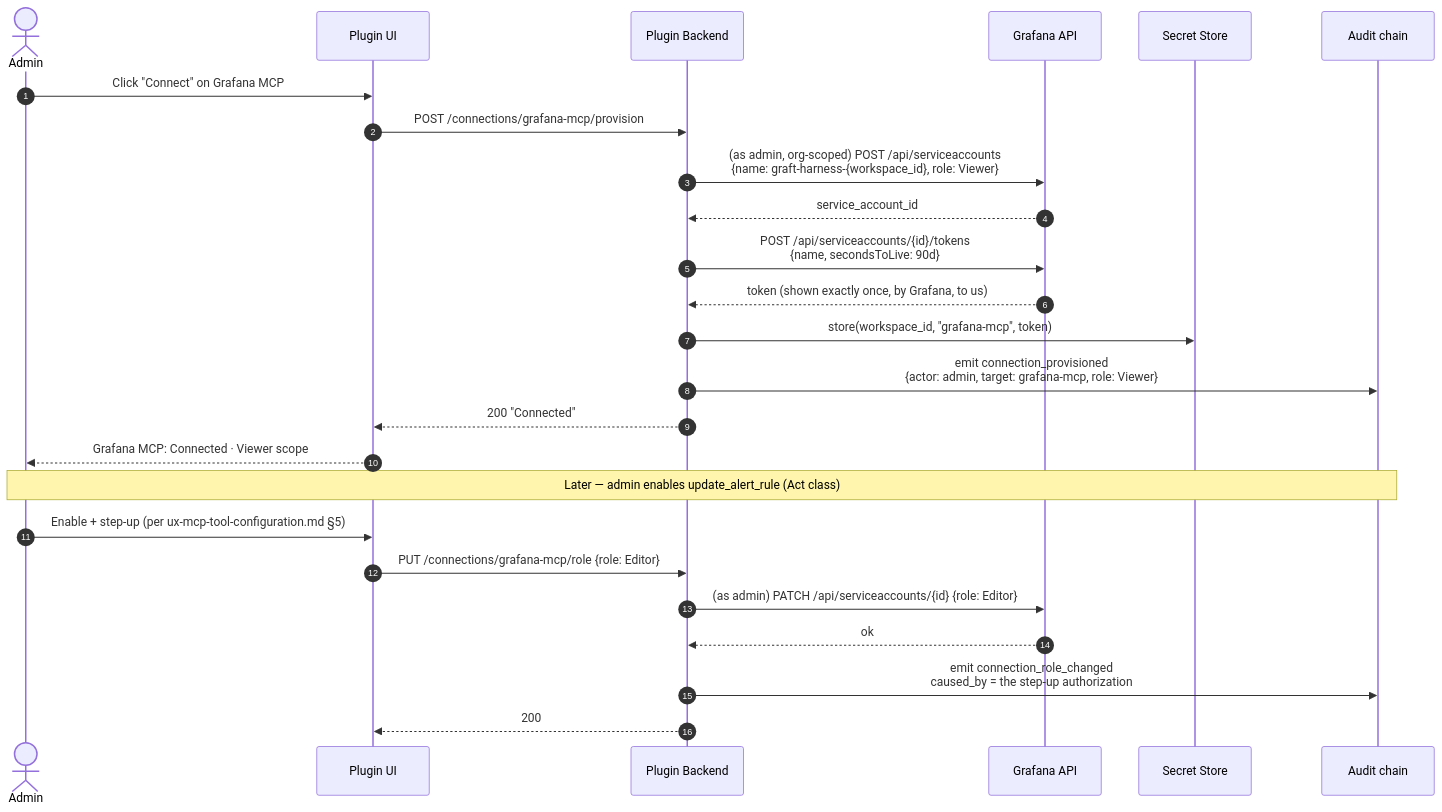
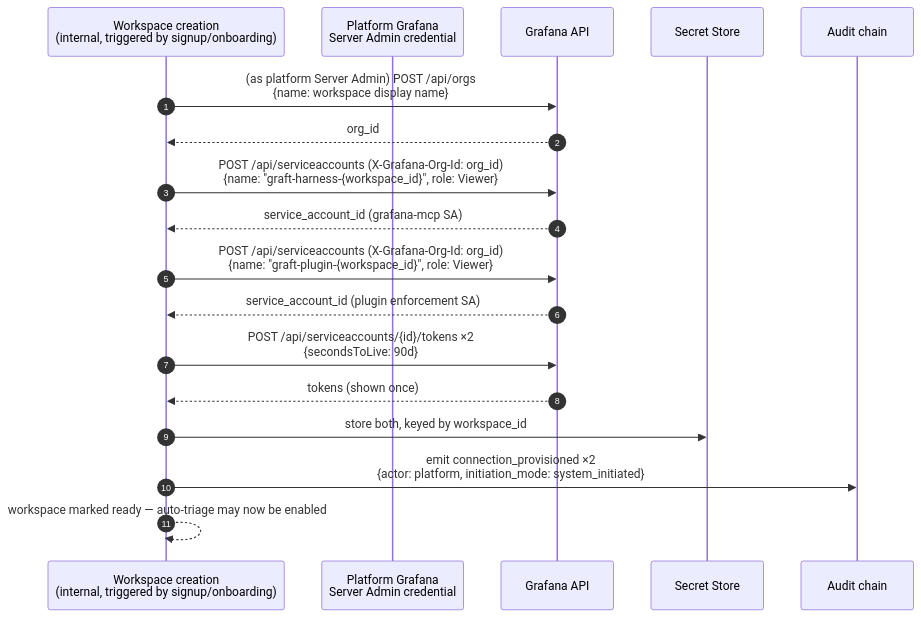
Before and after one commit to vikshana/graft-agent-harness: the diagram in docs/design/grafana-mcp-provisioning.md, drawn with Mermaid. The commit also changed other lines of this file and 8 other files, not shown here.

````diff
--- a/docs/design/grafana-mcp-provisioning.md
+++ b/docs/design/grafana-mcp-provisioning.md
@@ -103,29 +40,21 @@
 ```mermaid
 sequenceDiagram
     autonumber
-    actor Admin
-    participant UI as Plugin UI
-    participant BE as Plugin Backend
+    participant OPS as Workspace creation<br/>(internal, triggered by signup/onboarding)
+    participant PLAT as Platform Grafana<br/>Server Admin credential
     participant GF as Grafana API
     participant SEC as Secret Store
     participant AUD as Audit chain
 
-    Admin->>UI: Click "Connect" on Grafana MCP
-    UI->>BE: POST /connections/grafana-mcp/provision
-    BE->>GF: (as admin, org-scoped) POST /api/serviceaccounts<br/>{name: graft-harness-{workspace_id}, role: Viewer}
-    GF-->>BE: service_account_id
-    BE->>GF: POST /api/serviceaccounts/{id}/tokens<br/>{name, secondsToLive: 90d}
-    GF-->>BE: token (shown exactly once, by Grafana, to us)
-    BE->>SEC: store(workspace_id, "grafana-mcp", token)
-    BE->>AUD: emit connection_provisioned<br/>{actor: admin, target: grafana-mcp, role: Viewer}
-    BE-->>UI: 200 "Connected"
-    UI-->>Admin: Grafana MCP: Connected · Viewer scope
-
-    Note over Admin,AUD: Later — admin enables update_alert_rule (Act class)
-    Admin->>UI: Enable + step-up (per ux-mcp-tool-configuration.md §5)
-    UI->>BE: PUT /connections/grafana-mcp/role {role: Editor}
-    BE->>GF: (as admin) PATCH /api/serviceaccounts/{id} {role: Editor}
-    GF-->>BE: ok
-    BE->>AUD: emit connection_role_changed<br/>caused_by = the step-up authorization
-    BE-->>UI: 200
+    OPS->>GF: (as platform Server Admin) POST /api/orgs<br/>{name: workspace display name}
+    GF-->>OPS: org_id
+    OPS->>GF: POST /api/serviceaccounts (X-Grafana-Org-Id: org_id)<br/>{name: "graft-harness-{workspace_id}", role: Viewer}
+    GF-->>OPS: service_account_id (grafana-mcp SA)
+    OPS->>GF: POST /api/serviceaccounts (X-Grafana-Org-Id: org_id)<br/>{name: "graft-plugin-{workspace_id}", role: Viewer}
+    GF-->>OPS: service_account_id (plugin enforcement SA)
+    OPS->>GF: POST /api/serviceaccounts/{id}/tokens ×2<br/>{secondsToLive: 90d}
+    GF-->>OPS: tokens (shown once)
+    OPS->>SEC: store both, keyed by workspace_id
+    OPS->>AUD: emit connection_provisioned ×2<br/>{actor: platform, initiation_mode: system_initiated}
+    OPS-->>OPS: workspace marked ready — auto-triage may now be enabled
 ```
````
